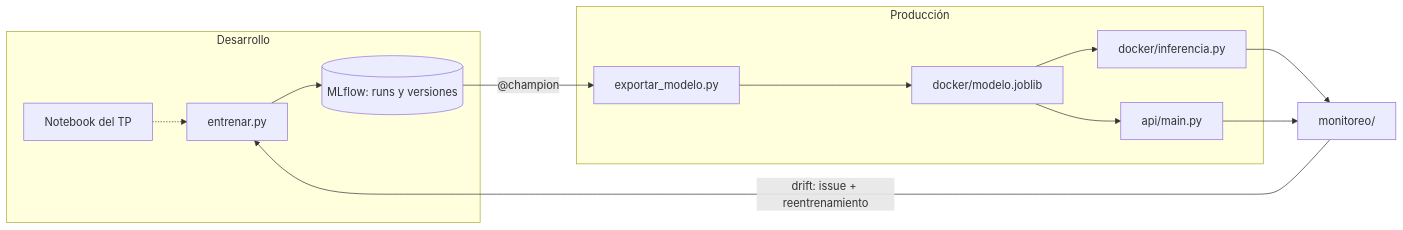
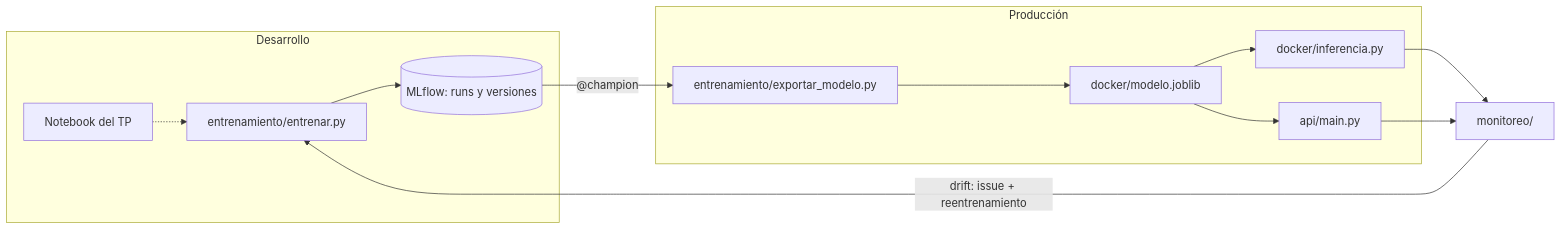
Before and after one commit to tomasavecilla/ml-house-price-regression: the first of 2 diagrams in README.md, drawn with Mermaid. The commit also changed other lines of this file and 21 other files, not shown here.

````diff
--- a/README.md
+++ b/README.md
@@ -12,15 +12,15 @@
 ```mermaid
 flowchart LR
     subgraph dev[Desarrollo]
-        nb[Notebook del TP] -.-> ent[entrenar.py]
+        nb[Notebook del TP] -.-> ent[entrenamiento/entrenar.py]
         ent --> mlf[(MLflow: runs y versiones)]
     end
-    mlf -- "@champion" --> exp[exportar_modelo.py]
+    mlf -- "@champion" --> exp[entrenamiento/exportar_modelo.py]
     subgraph prod[Producción]
         exp --> bin[docker/modelo.joblib]
         bin --> inf[docker/inferencia.py]
         bin --> api[api/main.py]
     end
     inf & api --> mon[monitoreo/]
     mon -- "drift: issue + reentrenamiento" --> ent
 ```
````
